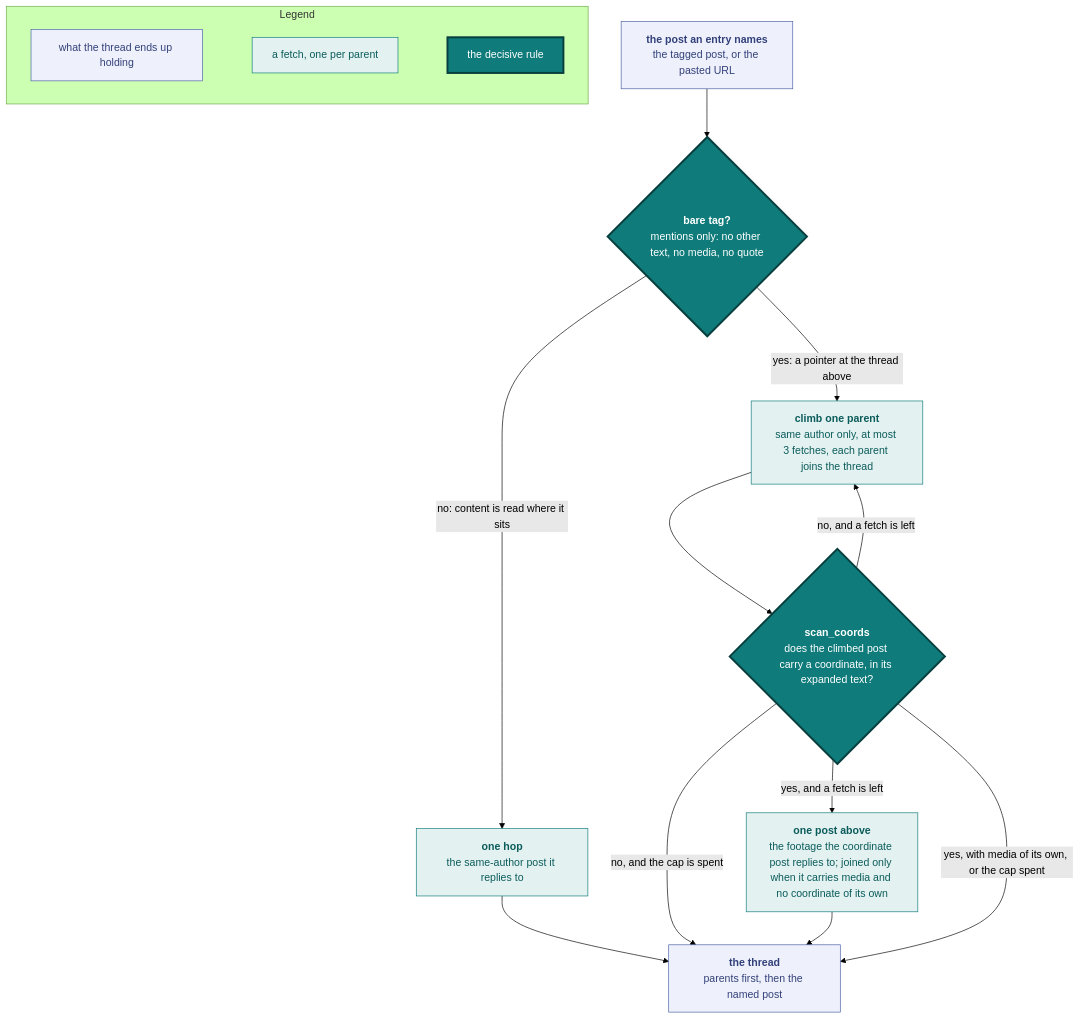
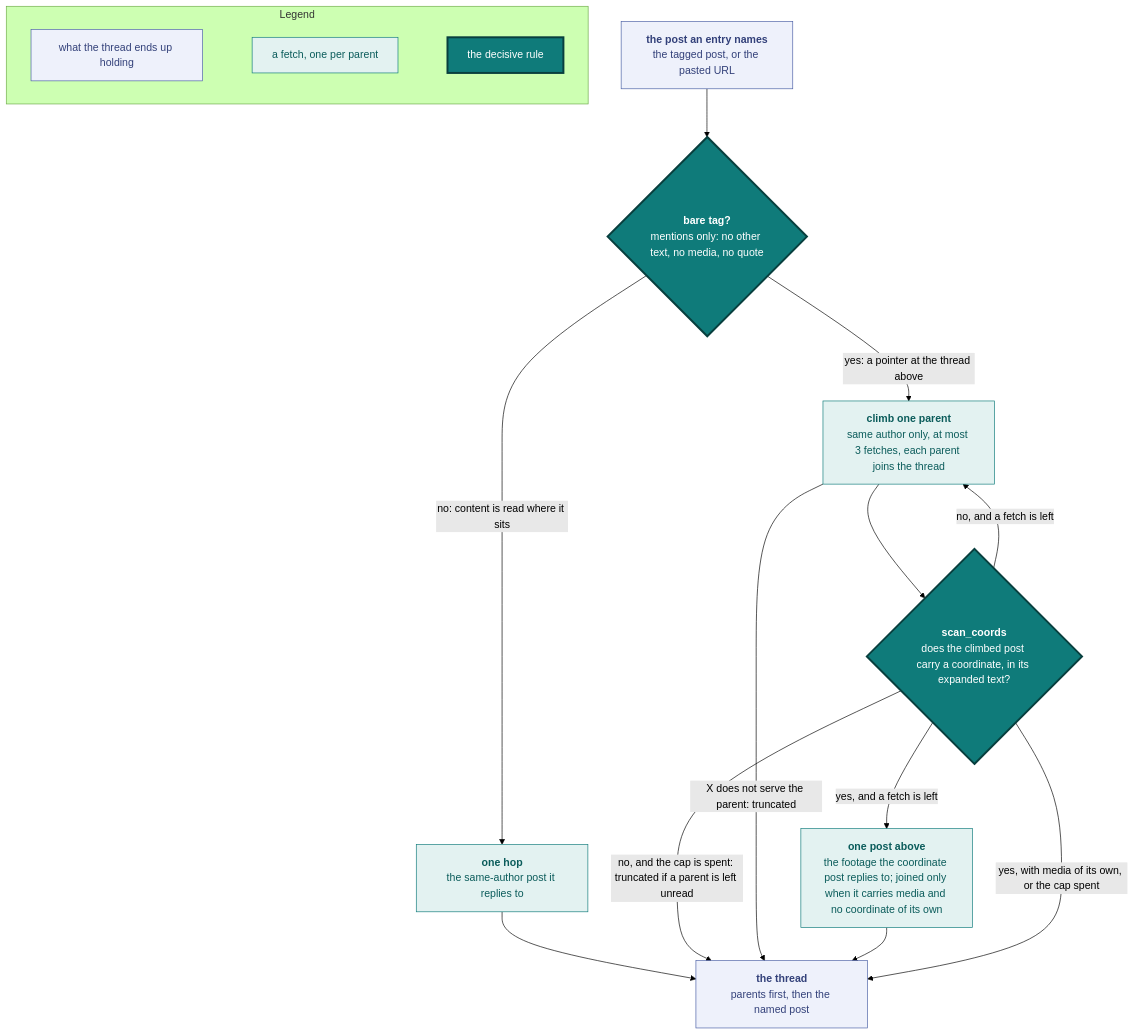
The third of 6 diagrams in docs/ingestion.md (vidithq/vidit), drawn with Mermaid (forest theme) before and after one commit. The commit also changed other lines of this file and 10 other files, not shown here.

````diff
--- a/docs/ingestion.md
+++ b/docs/ingestion.md
@@ -159,37 +160,38 @@
 ```mermaid
 flowchart TD
   classDef spec fill:#eef1fb,stroke:#4a5fa5,color:#33417a
   classDef shared fill:#e3f2f1,stroke:#0f7b7a,color:#0b5c5b
   classDef core fill:#0f7b7a,stroke:#083f3e,stroke-width:3px,color:#ffffff
 
   subgraph legend [Legend]
     direction LR
     l1["`what the thread ends up holding`"]:::spec
     l2["`a fetch, one per parent`"]:::shared
     l3["`the decisive rule`"]:::core
     l1 ~~~ l2 ~~~ l3
   end
 
   post["`**the post an entry names**
   the tagged post, or the pasted URL`"]:::spec
   bare{"`**bare tag?**
   mentions only: no other text, no media, no quote`"}:::core
   hop["`**one hop**
   the same-author post it replies to`"]:::shared
   climb["`**climb one parent**
   same author only, at most 3 fetches, each parent joins the thread`"]:::shared
   coord{"`**scan_coords**
   does the climbed post carry a coordinate, in its expanded text?`"}:::core
   above["`**one post above**
   the footage the coordinate post replies to; joined only when it carries media and no coordinate of its own`"]:::shared
   out["`**the thread**
   parents first, then the named post`"]:::spec
 
   post --> bare
   bare -- "no: content is read where it sits" --> hop --> out
   bare -- "yes: a pointer at the thread above" --> climb --> coord
   coord -- "no, and a fetch is left" --> climb
-  coord -- "no, and the cap is spent" --> out
+  coord -- "no, and the cap is spent: truncated if a parent is left unread" --> out
+  climb -- "X does not serve the parent: truncated" --> out
   coord -- "yes, and a fetch is left" --> above --> out
   coord -- "yes, with media of its own, or the cap spent" --> out
 ```
````
